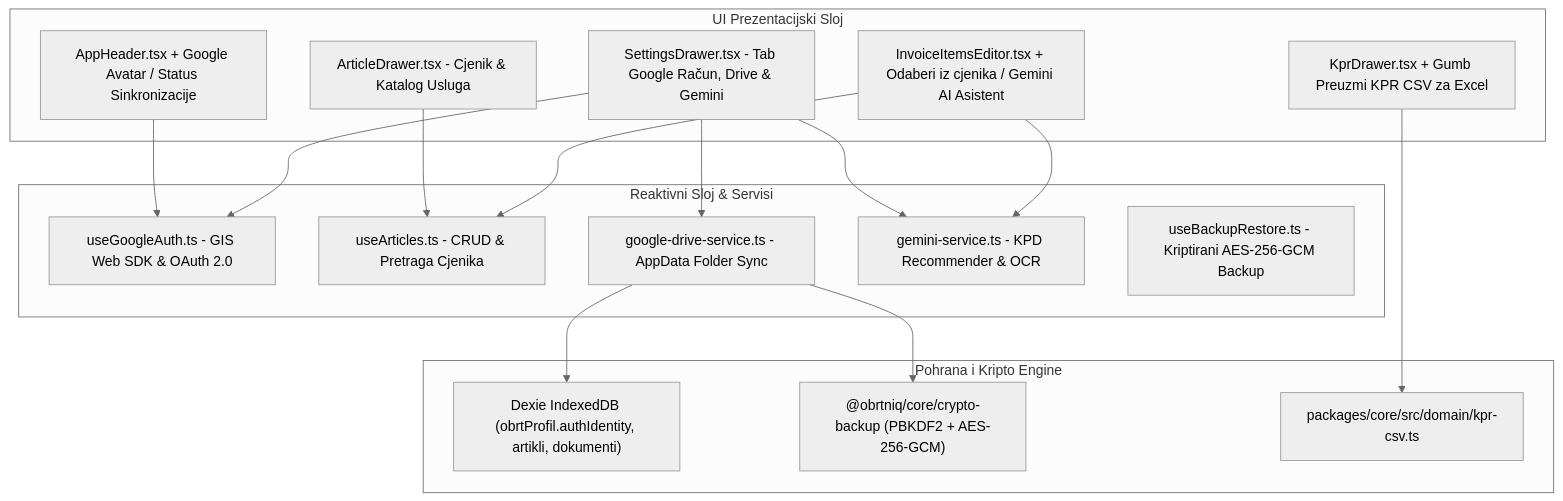
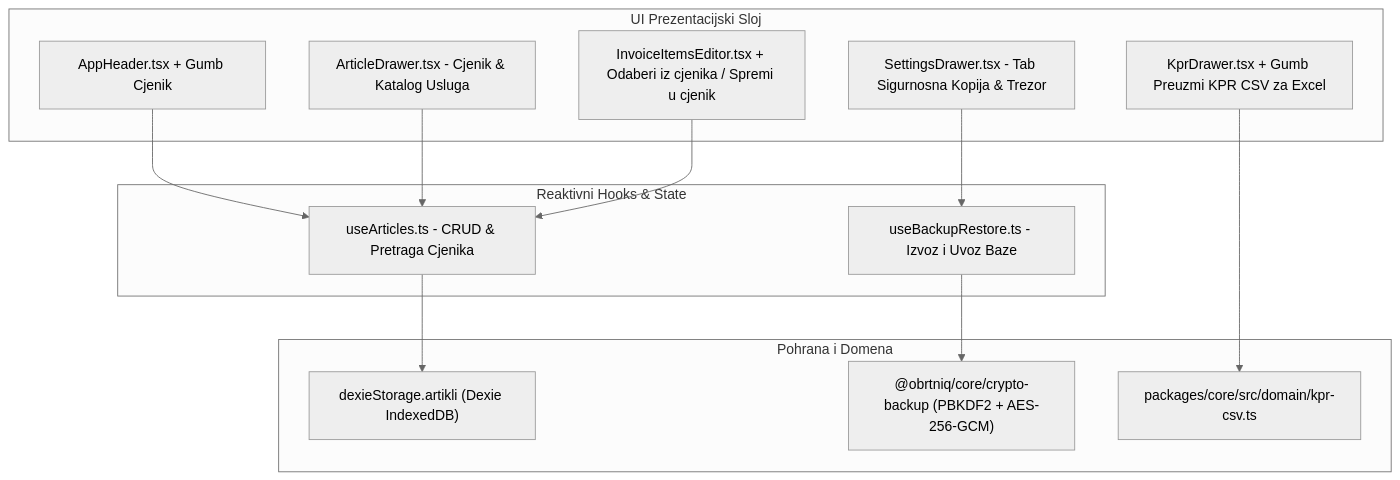
Before and after one commit to matise/ObrtnIQ: the diagram in docs/plan_implementacije_faza_9.md, drawn with Mermaid (neutral theme). The commit also changed other lines of this file and 1 other file, not shown here.

Commit message:
docs: razdvojen plan na fazu 9 (Cjenik, KPR CSV, Lokalni Backup) i fazu 10 (Google Identity, Drive AppData, Gemini AI) s validacijom

````diff
--- a/docs/plan_implementacije_faza_9.md
+++ b/docs/plan_implementacije_faza_9.md
@@ -42,35 +30,29 @@
 ```mermaid
 graph TD
     subgraph UI_Sloj ["UI Prezentacijski Sloj"]
-        Header[AppHeader.tsx + Google Avatar / Status Sinkronizacije]
+        Header[AppHeader.tsx + Gumb Cjenik]
         ArticleDrawer[ArticleDrawer.tsx - Cjenik & Katalog Usluga]
-        ItemsEditor[InvoiceItemsEditor.tsx + Odaberi iz cjenika / Gemini AI Asistent]
-        SettingsAuth[SettingsDrawer.tsx - Tab Google Račun, Drive & Gemini]
+        ItemsEditor[InvoiceItemsEditor.tsx + Odaberi iz cjenika / Spremi u cjenik]
+        SettingsBackup[SettingsDrawer.tsx - Tab Sigurnosna Kopija & Trezor]
         KprExport[KprDrawer.tsx + Gumb Preuzmi KPR CSV za Excel]
     end
 
-    subgraph Hooks_Services ["Reaktivni Sloj & Servisi"]
-        useGoogleAuth[useGoogleAuth.ts - GIS Web SDK & OAuth 2.0]
+    subgraph Hooks_Sloj ["Reaktivni Hooks & State"]
         useArticles[useArticles.ts - CRUD & Pretraga Cjenika]
-        driveService[google-drive-service.ts - AppData Folder Sync]
-        geminiService[gemini-service.ts - KPD Recommender & OCR]
-        useBackup[useBackupRestore.ts - Kriptirani AES-256-GCM Backup]
+        useBackup[useBackupRestore.ts - Izvoz i Uvoz Baze]
     end
 
-    subgraph Core_Storage ["Pohrana i Kripto Engine"]
-        DexieDB["Dexie IndexedDB (obrtProfil.authIdentity, artikli, dokumenti)"]
+    subgraph Core_Storage ["Pohrana i Domena"]
+        DexieArtikli["dexieStorage.artikli (Dexie IndexedDB)"]
         CryptoCore["@obrtniq/core/crypto-backup (PBKDF2 + AES-256-GCM)"]
         CsvExporter["packages/core/src/domain/kpr-csv.ts"]
     end
 
-    Header --> useGoogleAuth
-    SettingsAuth --> useGoogleAuth
-    SettingsAuth --> driveService
-    SettingsAuth --> geminiService
-    driveService --> CryptoCore
-    driveService --> DexieDB
+    Header --> useArticles
     ArticleDrawer --> useArticles
     ItemsEditor --> useArticles
-    ItemsEditor --> geminiService
+    useArticles --> DexieArtikli
+    SettingsBackup --> useBackup
+    useBackup --> CryptoCore
     KprExport --> CsvExporter
 ```
````
